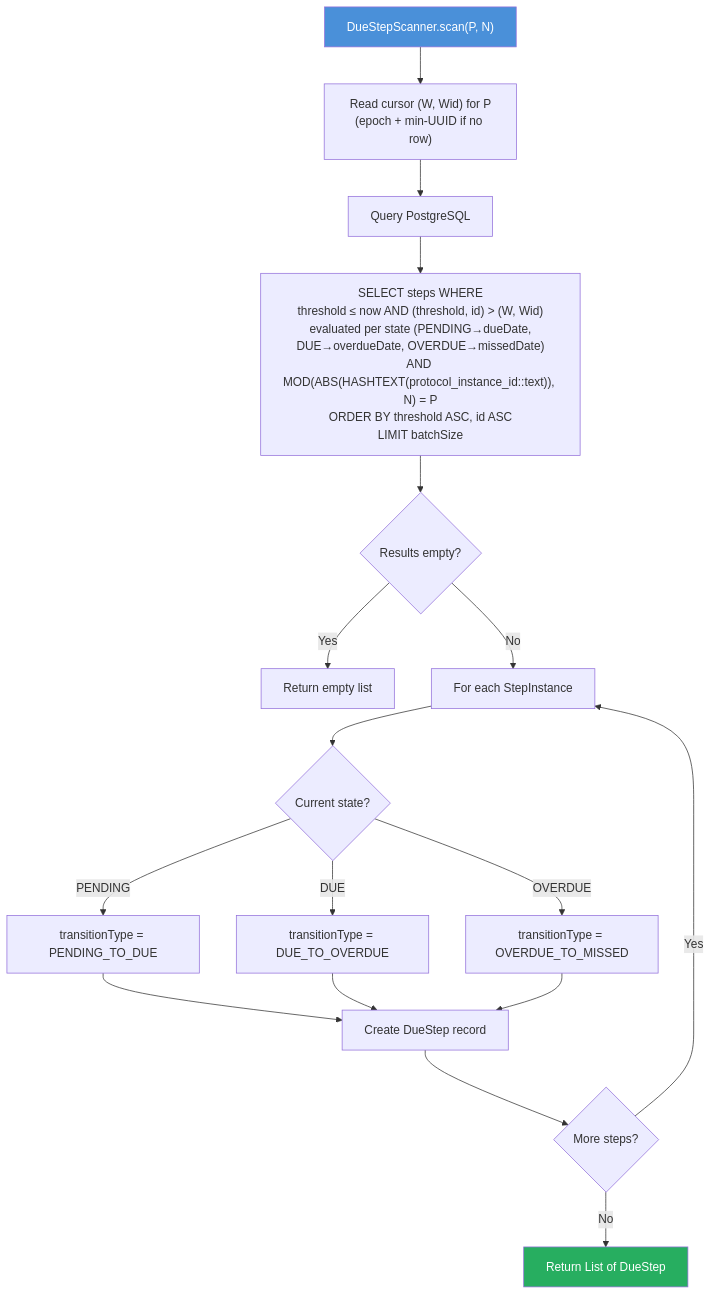
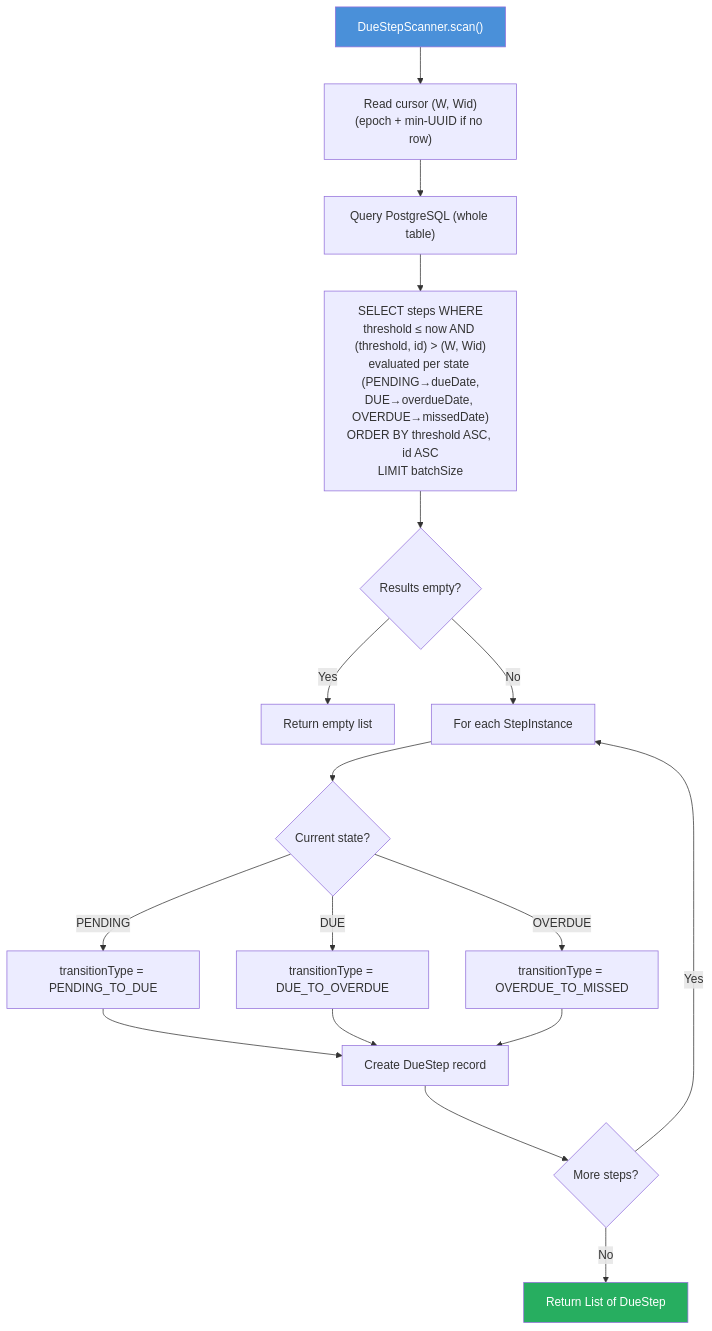
The third of 5 diagrams in docs/flow-diagrams.md (Jayaprakash8887/cce-scheduler-service), drawn with Mermaid before and after one commit. The commit also changed other lines of this file and 31 other files, not shown here.

````diff
--- a/docs/flow-diagrams.md
+++ b/docs/flow-diagrams.md
@@ -111,25 +76,25 @@
 ```mermaid
 flowchart TD
-    A["DueStepScanner.scan(P, N)"] --> A2["Read cursor (W, Wid) for P<br/>(epoch + min-UUID if no row)"]
-    A2 --> B["Query PostgreSQL"]
-    B --> C["SELECT steps WHERE<br/>threshold ≤ now AND (threshold, id) > (W, Wid)<br/>evaluated per state (PENDING→dueDate,<br/>DUE→overdueDate, OVERDUE→missedDate)<br/>AND MOD(ABS(HASHTEXT(protocol_instance_id::text)), N) = P<br/>ORDER BY threshold ASC, id ASC<br/>LIMIT batchSize"]
+    A["DueStepScanner.scan()"] --> A2["Read cursor (W, Wid)<br/>(epoch + min-UUID if no row)"]
+    A2 --> B["Query PostgreSQL (whole table)"]
+    B --> C["SELECT steps WHERE<br/>threshold ≤ now AND (threshold, id) > (W, Wid)<br/>evaluated per state (PENDING→dueDate,<br/>DUE→overdueDate, OVERDUE→missedDate)<br/>ORDER BY threshold ASC, id ASC<br/>LIMIT batchSize"]
     C --> D{"Results empty?"}
     D -->|"Yes"| E["Return empty list"]
     D -->|"No"| F["For each StepInstance"]
 
     F --> G{"Current state?"}
     G -->|"PENDING"| H["transitionType = PENDING_TO_DUE"]
     G -->|"DUE"| I["transitionType = DUE_TO_OVERDUE"]
     G -->|"OVERDUE"| J["transitionType = OVERDUE_TO_MISSED"]
 
     H --> K["Create DueStep record"]
     I --> K
     J --> K
 
     K --> L{"More steps?"}
     L -->|"Yes"| F
     L -->|"No"| M["Return List of DueStep"]
 
     style A fill:#4A90D9,color:white
     style M fill:#27AE60,color:white
 ```
````
